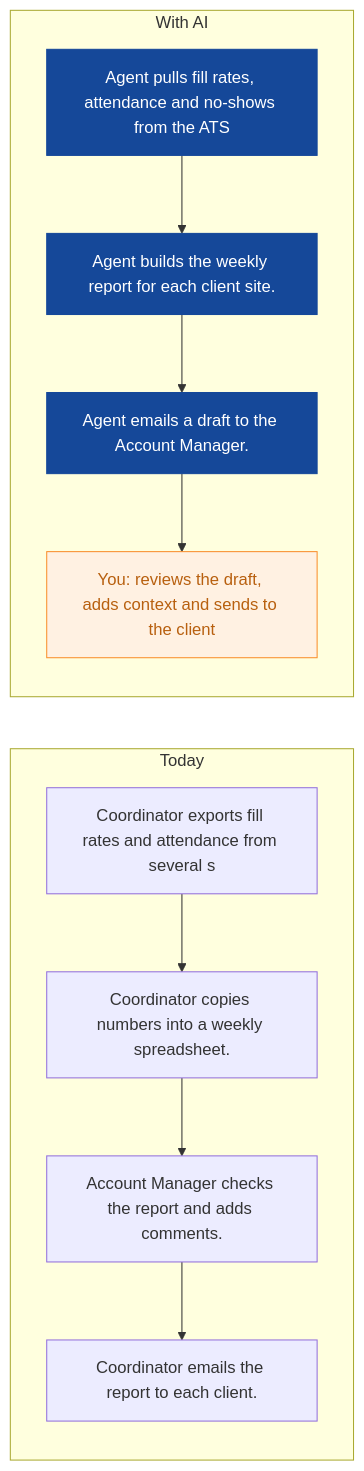
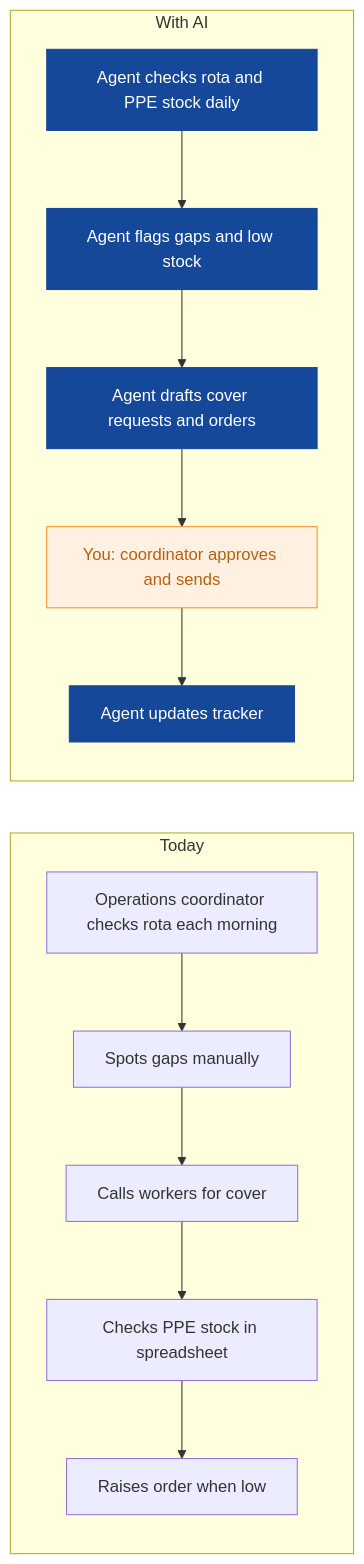
The sixth of 9 diagrams in strategies/cobalt-crew-recruitment.md (nexibeo/Complete-AI-Strategy), drawn with Mermaid before and after one commit. The commit also changed other lines of this file and 26 other files, not shown here.

````diff
--- a/strategies/cobalt-crew-recruitment.md
+++ b/strategies/cobalt-crew-recruitment.md
@@ -183,21 +198,23 @@
 ```mermaid
 flowchart LR
   subgraph Today
-    B0["Coordinator exports fill rates and attendance from several s"]
-    B1["Coordinator copies numbers into a weekly spreadsheet."]
-    B2["Account Manager checks the report and adds comments."]
-    B3["Coordinator emails the report to each client."]
-    B0 --> B1 --> B2 --> B3
+    B0["Operations coordinator checks rota each morning"]
+    B1["Spots gaps manually"]
+    B2["Calls workers for cover"]
+    B3["Checks PPE stock in spreadsheet"]
+    B4["Raises order when low"]
+    B0 --> B1 --> B2 --> B3 --> B4
   end
   subgraph WithAI[With AI]
-    A0["Agent pulls fill rates, attendance and no-shows from the ATS"]
-    A1["Agent builds the weekly report for each client site."]
-    A2["Agent emails a draft to the Account Manager."]
-    A3["You: reviews the draft, adds context and sends to the client"]
-    A0 --> A1 --> A2 --> A3
+    A0["Agent checks rota and PPE stock daily"]
+    A1["Agent flags gaps and low stock"]
+    A2["Agent drafts cover requests and orders"]
+    A3["You: coordinator approves and sends"]
+    A4["Agent updates tracker"]
+    A0 --> A1 --> A2 --> A3 --> A4
   end
   classDef ai fill:#154899,color:#fff,stroke:#154899
   classDef human fill:#FFF1E2,color:#B8600F,stroke:#F98F2C
-  class A0,A1,A2 ai
+  class A0,A1,A2,A4 ai
   class A3 human
 ```
````
